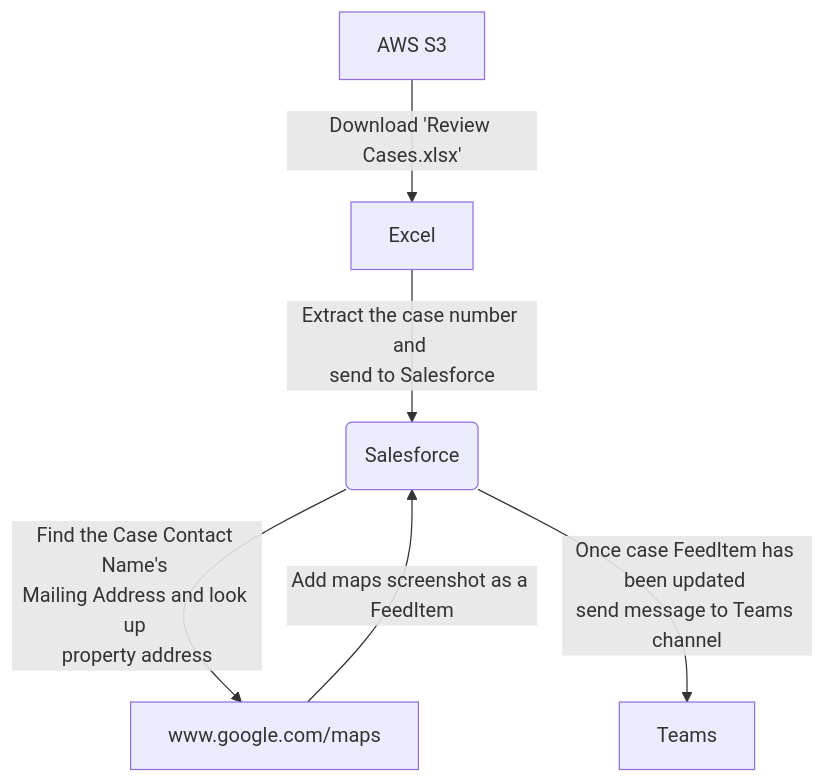
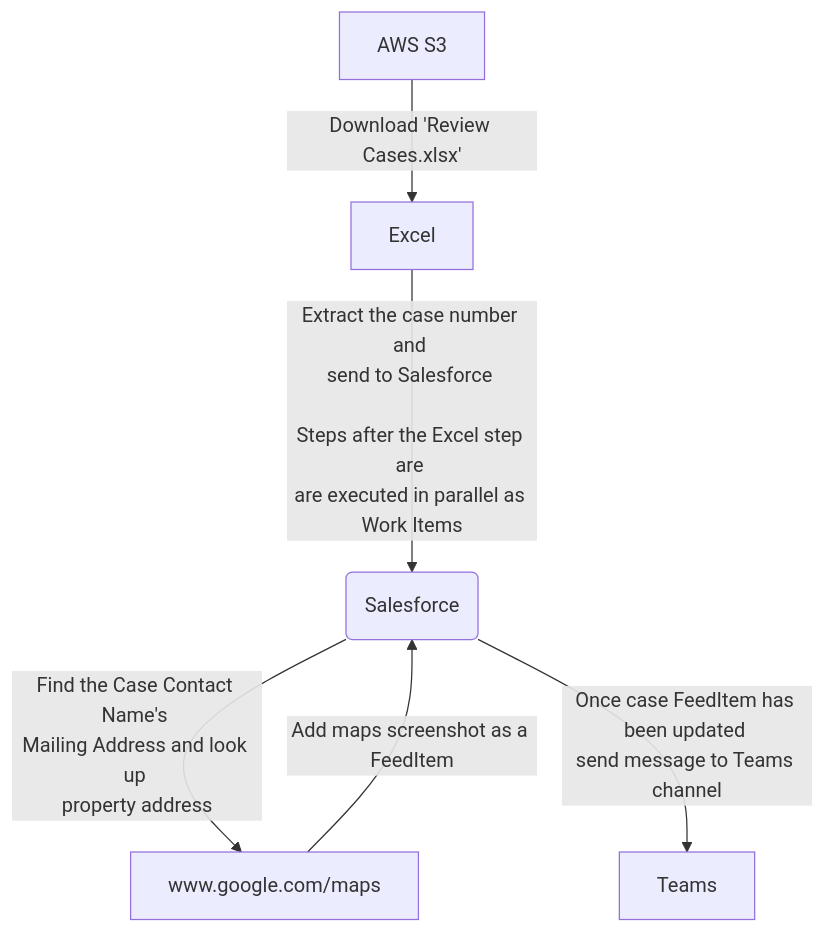
One commit to TimothyLopas/Parallelization-Bot-Example changed the diagram in README.md. Above: the diagram before and after it, drawn with Mermaid.

Commit message:
Updated Mermaid Diagram

````diff
--- a/README.md
+++ b/README.md
@@ -9,8 +9,8 @@
 ```mermaid
 graph TD
     A[AWS S3] -->|Download 'Review Cases.xlsx'| B[Excel]
-    B -->|Extract the case number and <br>send to Salesforce| C(Salesforce)
+    B -->|Extract the case number and <br>send to Salesforce <br> <br>Steps after the Excel step are <br>are executed in parallel as Work Items| C(Salesforce)
     C -->|Find the Case Contact Name's <br>Mailing Address and look up <br>property address| D[www.google.com/maps]
     D -->|Add maps screenshot as a FeedItem| C
     C -->|Once case FeedItem has been updated <br>send message to Teams channel| E[Teams]
 ```
````
